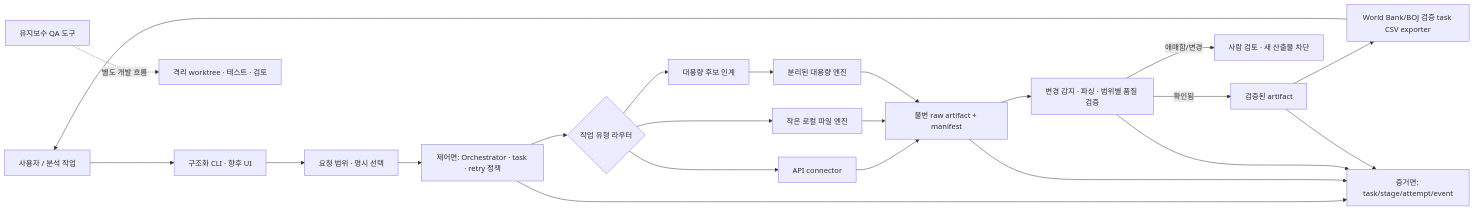
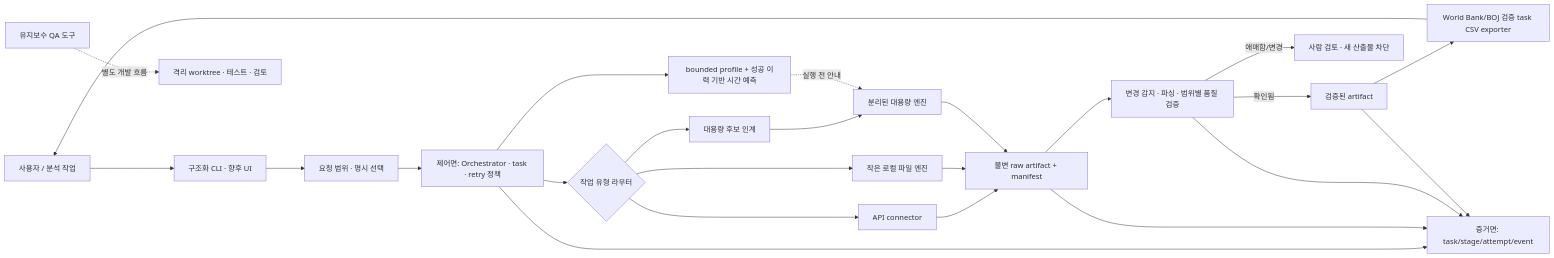
Before and after one commit to jaeu983-lang/MacroAtlas: the diagram in docs/PRODUCT_ARCHITECTURE.md, drawn with Mermaid. The commit also changed other lines of this file and 19 other files, not shown here.

````diff
--- a/docs/PRODUCT_ARCHITECTURE.md
+++ b/docs/PRODUCT_ARCHITECTURE.md
@@ -49,24 +49,26 @@
 ```mermaid
 flowchart LR
     USER[사용자 / 분석 작업] --> CLI[구조화 CLI · 향후 UI]
     CLI --> REQ[요청 범위 · 명시 선택]
     REQ --> CTRL[제어면: Orchestrator · task · retry 정책]
     CTRL --> ROUTE{작업 유형 라우터}
     ROUTE --> API[API connector]
     ROUTE --> SMALL[작은 로컬 파일 엔진]
     ROUTE --> DEFER[대용량 후보 인계]
     DEFER --> LARGE[분리된 대용량 엔진]
+    CTRL --> DURATION[bounded profile + 성공 이력 기반 시간 예측]
+    DURATION -. 실행 전 안내 .-> LARGE
     API --> RAW[불변 raw artifact + manifest]
     SMALL --> RAW
     LARGE --> RAW
     RAW --> CHECK[변경 감지 · 파싱 · 범위별 품질 검증]
     CHECK -->|확인됨| VERIFIED[검증된 artifact]
     CHECK -->|애매함/변경| HOLD[사람 검토 · 새 산출물 차단]
     VERIFIED --> EXPORT[World Bank/BOJ 검증 task CSV exporter]
     CTRL --> EVID[증거면: task/stage/attempt/event]
     RAW --> EVID
     CHECK --> EVID
     VERIFIED --> EVID
     EXPORT --> USER
     ANALYZER[유지보수 QA 도구] -. 별도 개발 흐름 .-> CODE[격리 worktree · 테스트 · 검토]
 ```
````
